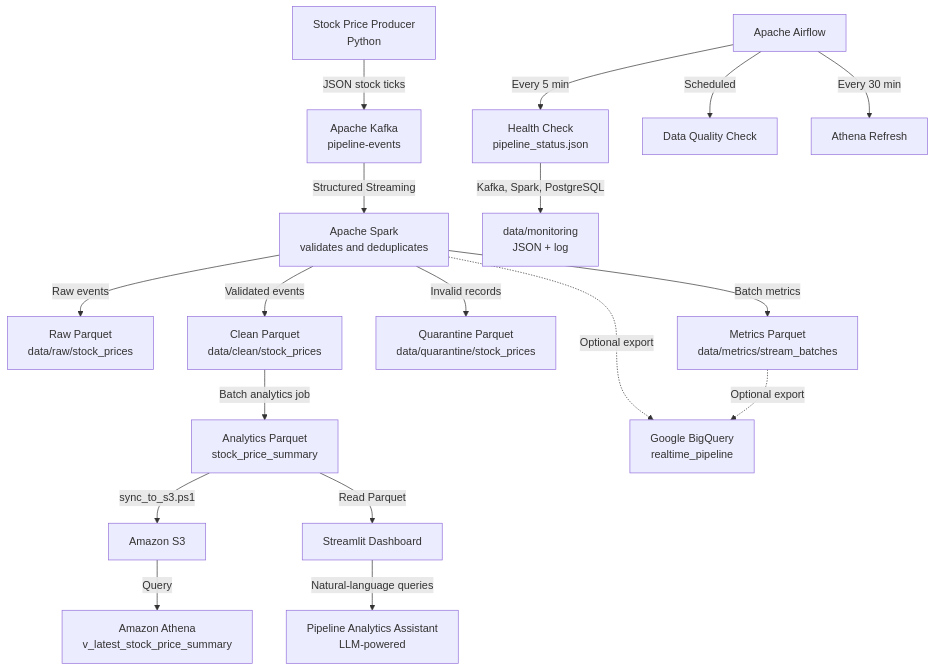
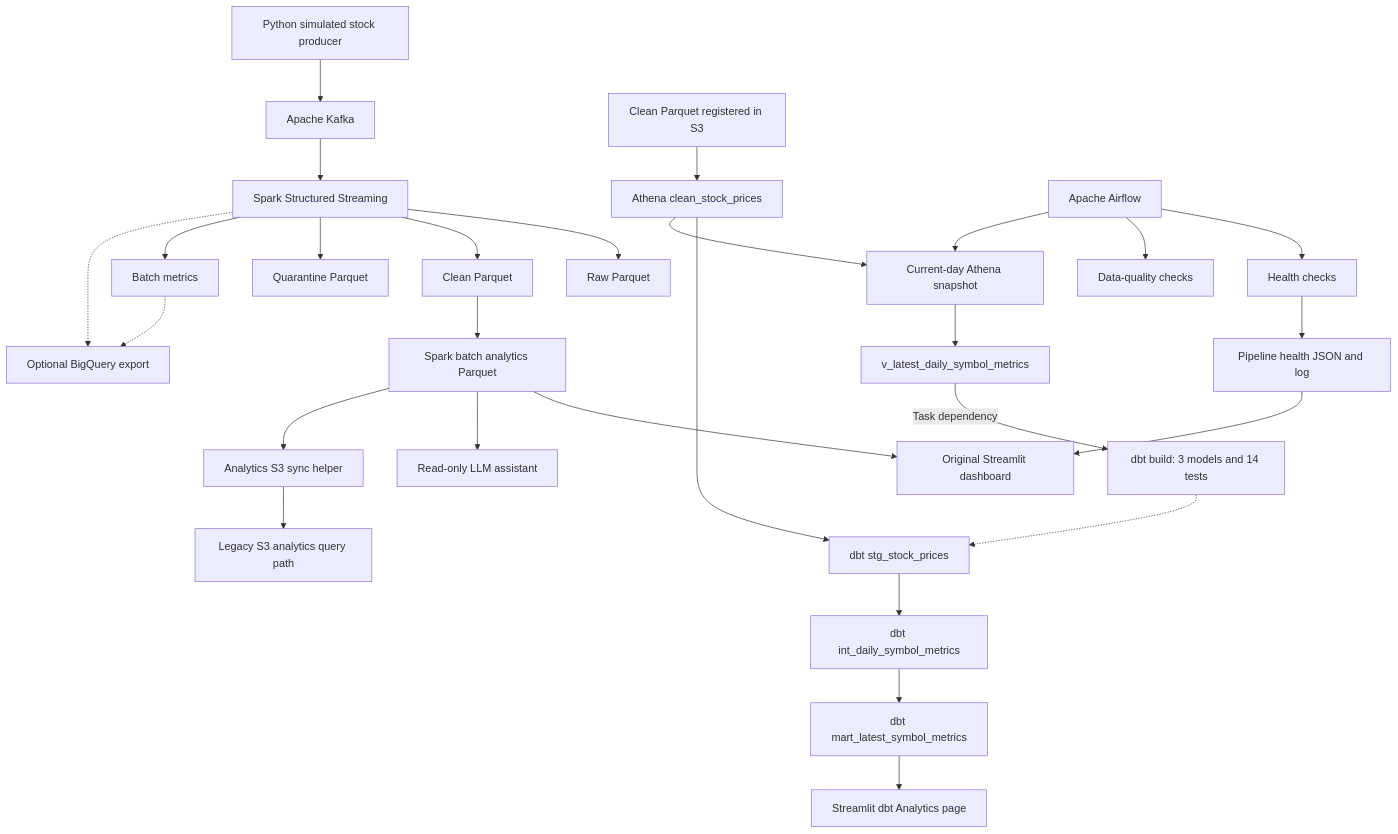
Before and after one commit to hn0629/real-time-data-engineering-pipeline: the diagram in README.md, drawn with Mermaid. The commit also changed other lines of this file and 17 other files, not shown here.

Commit message:
feat: add dbt Athena models, tests, and dashboard integration

````diff
--- a/README.md
+++ b/README.md
@@ -40,27 +42,34 @@
 ```mermaid
 flowchart TB
-    P[Stock Price Producer<br/>Python] -->|JSON stock ticks| K[Apache Kafka<br/>pipeline-events]
+    P[Python simulated stock producer] --> K[Apache Kafka]
+    K --> S[Spark Structured Streaming]
+    S --> R[Raw Parquet]
+    S --> C[Clean Parquet]
+    S --> Q[Quarantine Parquet]
+    S --> M[Batch metrics]
 
-    K -->|Structured Streaming| S[Apache Spark<br/>validates and deduplicates]
+    C --> A[Spark batch analytics Parquet]
+    A --> D[Original Streamlit dashboard]
+    A --> L[Read-only LLM assistant]
+    A --> SYNC[Analytics S3 sync helper]
+    SYNC --> LEGACY[Legacy S3 analytics query path]
 
-    S -->|Raw events| R[Raw Parquet<br/>data/raw/stock_prices]
-    S -->|Validated events| C[Clean Parquet<br/>data/clean/stock_prices]
-    S -->|Invalid records| Q[Quarantine Parquet<br/>data/quarantine/stock_prices]
-    S -->|Batch metrics| M[Metrics Parquet<br/>data/metrics/stream_batches]
+    CS3[Clean Parquet registered in S3] --> CT[Athena clean_stock_prices]
+    CT --> ST[dbt stg_stock_prices]
+    ST --> INT[dbt int_daily_symbol_metrics]
+    INT --> MART[dbt mart_latest_symbol_metrics]
+    MART --> PAGE[Streamlit dbt Analytics page]
 
-    C -->|Batch analytics job| A[Analytics Parquet<br/>stock_price_summary]
-    A -->|sync_to_s3.ps1| S3[Amazon S3]
-    S3 -->|Query| ATH[Amazon Athena<br/>v_latest_stock_price_summary]
+    AF[Apache Airflow] --> HC[Health checks]
+    AF --> DQ[Data-quality checks]
+    AF --> SNAP[Current-day Athena snapshot]
+    CT --> SNAP
+    SNAP --> VIEW[v_latest_daily_symbol_metrics]
+    VIEW -->|Task dependency| BUILD[dbt build: 3 models and 14 tests]
+    BUILD -.-> ST
+    HC --> STATUS[Pipeline health JSON and log]
+    STATUS --> D
 
-    A -->|Read Parquet| D[Streamlit Dashboard]
-    D -->|Natural-language queries| LLM[Pipeline Analytics Assistant<br/>LLM-powered]
-
-    AF[Apache Airflow] -->|Every 5 min| H[Health Check<br/>pipeline_status.json]
-    AF -->|Scheduled| DQ[Data Quality Check]
-    AF -->|Every 30 min| AR[Athena Refresh]
-
-    H -->|Kafka, Spark, PostgreSQL| MON[data/monitoring<br/>JSON + log]
-
-    S -.->|Optional export| BQ[Google BigQuery<br/>realtime_pipeline]
-    M -.->|Optional export| BQ
+    S -.-> BQ[Optional BigQuery export]
+    M -.-> BQ
 ```
````
